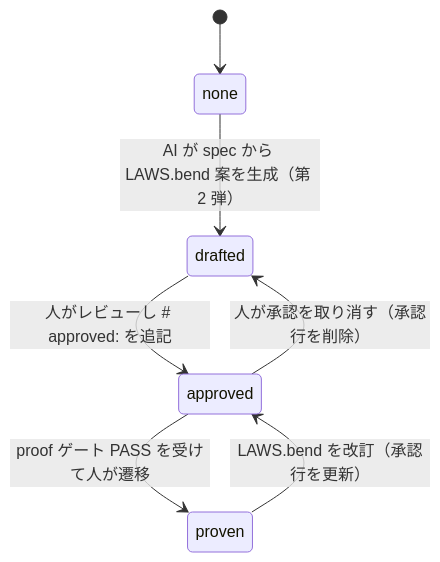
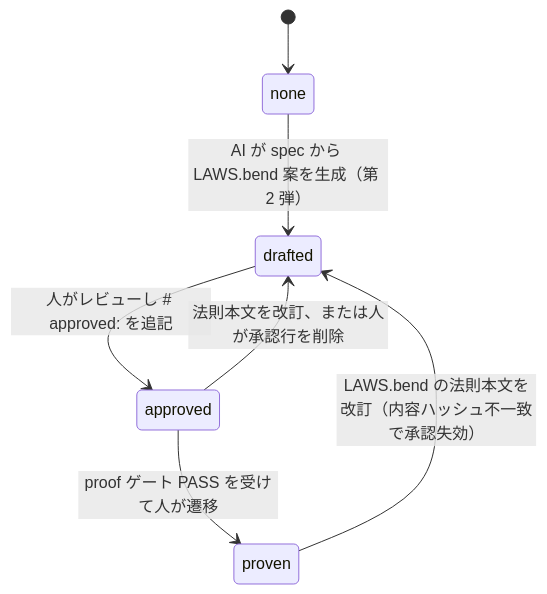
Before and after one commit to ToshikiImagawa/ai-sdd-workflow-dev: the second of 2 diagrams in .sdd/specification/task-implementation/proof-gate_spec.md, drawn with Mermaid. The commit also changed other lines of this file and 3 other files, not shown here.

````diff
--- a/.sdd/specification/task-implementation/proof-gate_spec.md
+++ b/.sdd/specification/task-implementation/proof-gate_spec.md
@@ -268,9 +269,9 @@
 ```mermaid
 stateDiagram-v2
     [*] --> none
     none --> drafted: AI が spec から LAWS.bend 案を生成（第 2 弾）
     drafted --> approved: 人がレビューし # approved: を追記
     approved --> proven: proof ゲート PASS を受けて人が遷移
-    proven --> approved: LAWS.bend を改訂（承認行を更新）
-    approved --> drafted: 人が承認を取り消す（承認行を削除）
+    proven --> drafted: LAWS.bend の法則本文を改訂（内容ハッシュ不一致で承認失効）
+    approved --> drafted: 法則本文を改訂、または人が承認行を削除
 ```
````
